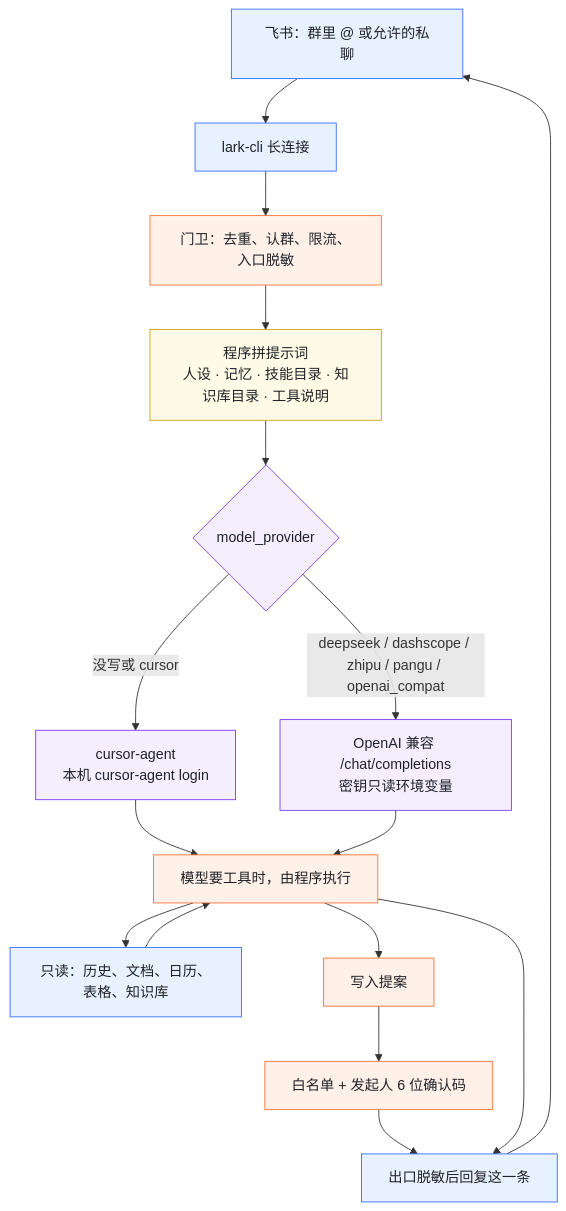
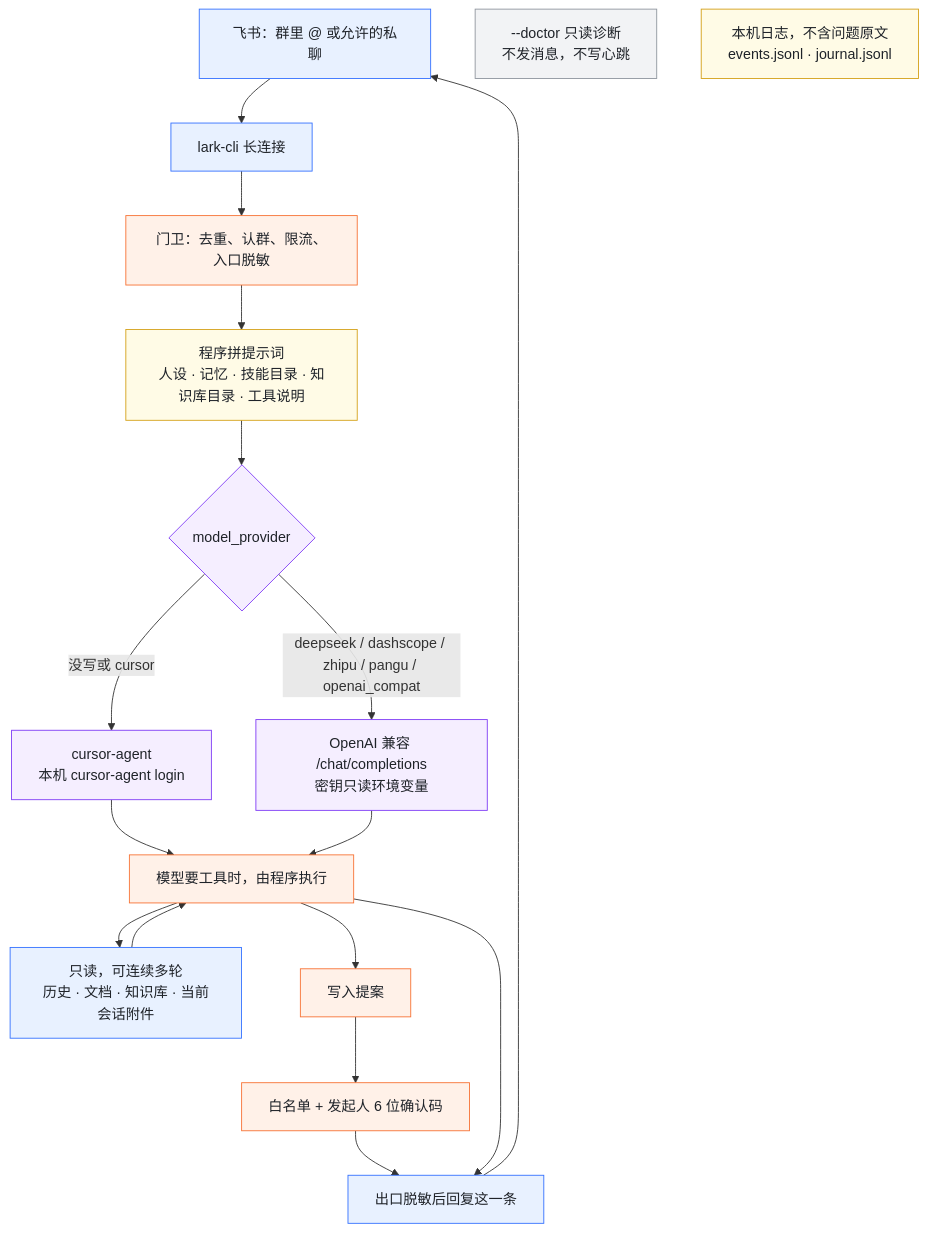
The diagram in docs/arch-now.mmd (endtree-FDE/feishu-group-agent), drawn with Mermaid before and after one commit. The commit also changed 17 other files, not shown here.

```diff
--- a/docs/arch-now.mmd
+++ b/docs/arch-now.mmd
@@ -1,21 +1,24 @@
 flowchart TB
   classDef feishu fill:#E8F1FF,stroke:#3370FF,color:#1F2329
   classDef guard fill:#FFF1E8,stroke:#F77234,color:#1F2329
   classDef model fill:#F5EEFF,stroke:#7F3BF5,color:#1F2329
   classDef store fill:#FFFBE6,stroke:#D4A017,color:#1F2329
+  classDef ops fill:#F2F3F5,stroke:#8F959E,color:#1F2329
 
   MSG["飞书：群里 @ 或允许的私聊"]:::feishu --> LARK["lark-cli 长连接"]:::feishu
   LARK --> GUARD["门卫：去重、认群、限流、入口脱敏"]:::guard
   GUARD --> PACK["程序拼提示词<br/>人设 · 记忆 · 技能目录 · 知识库目录 · 工具说明"]:::store
   PACK --> CHOOSE{"model_provider"}:::model
   CHOOSE -->|"没写或 cursor"| CUR["cursor-agent<br/>本机 cursor-agent login"]:::model
   CHOOSE -->|"deepseek / dashscope / zhipu / pangu / openai_compat"| OAI["OpenAI 兼容 /chat/completions<br/>密钥只读环境变量"]:::model
   CUR --> LOOP["模型要工具时，由程序执行"]:::guard
   OAI --> LOOP
-  LOOP --> READ["只读：历史、文档、日历、表格、知识库"]:::feishu
+  LOOP --> READ["只读，可连续多轮<br/>历史 · 文档 · 知识库 · 当前会话附件"]:::feishu
   LOOP --> WRITE["写入提案"]:::guard
   WRITE --> CONFIRM["白名单 + 发起人 6 位确认码"]:::guard
   READ --> LOOP
   CONFIRM --> OUT["出口脱敏后回复这一条"]:::feishu
   LOOP --> OUT
   OUT --> MSG
+  DOC["--doctor 只读诊断<br/>不发消息，不写心跳"]:::ops
+  LOGS["本机日志，不含问题原文<br/>events.jsonl · journal.jsonl"]:::store
```
